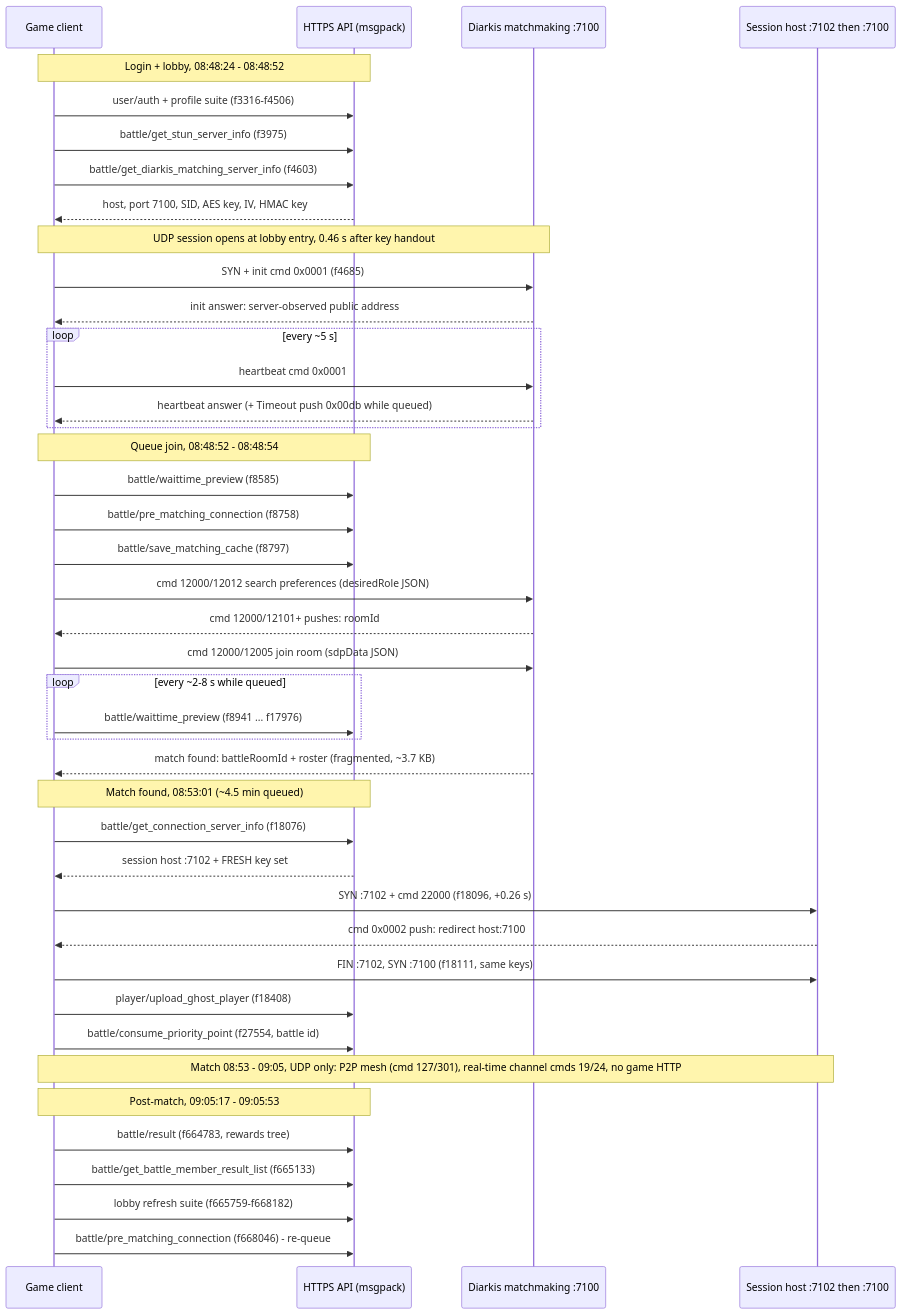
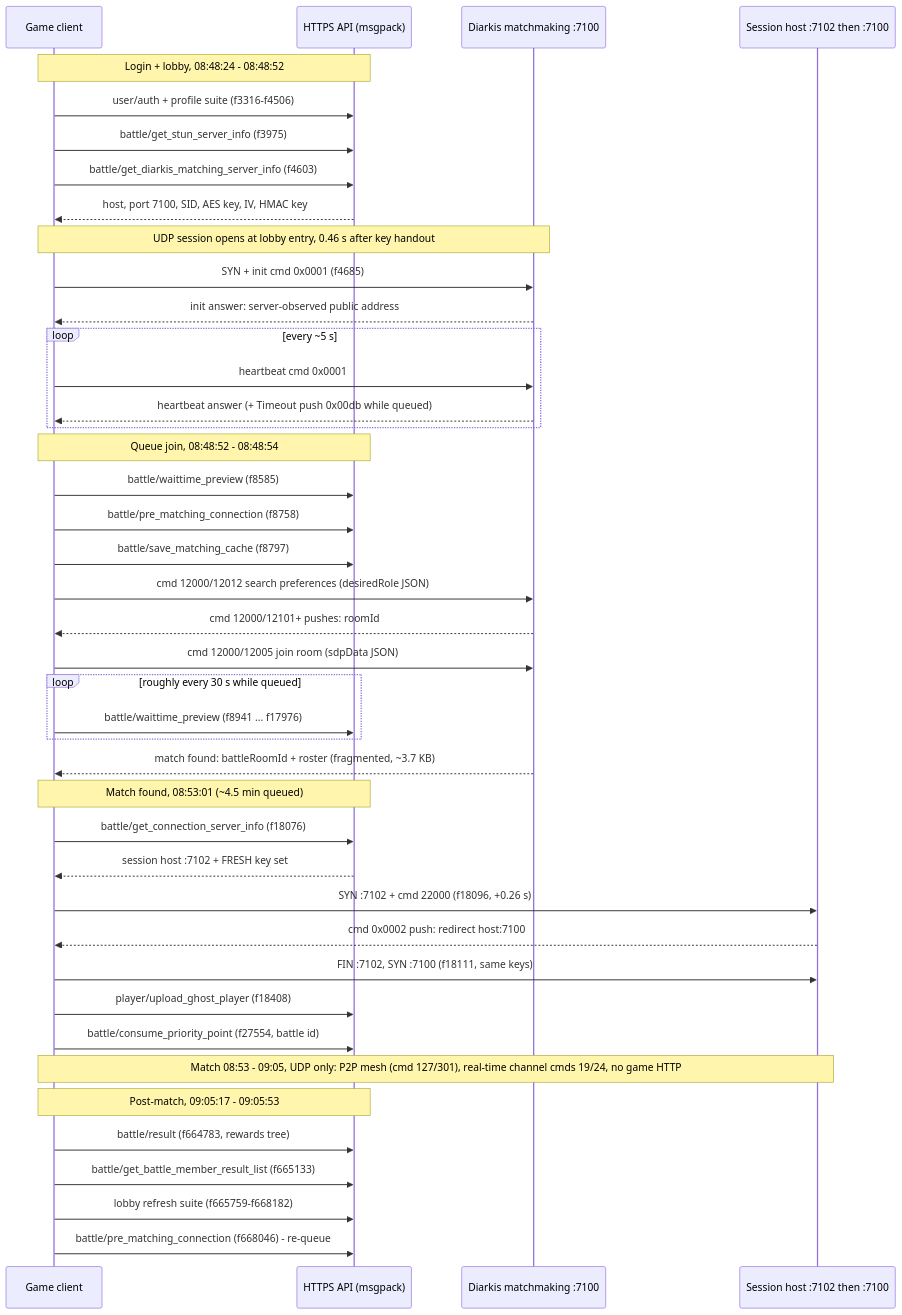
The diagram in md/API/Calls/Matchmaking_Flow.md (DB-Breakers-Legacy/DBTB-API-Documentation), drawn with Mermaid before and after one commit. The commit also changed other lines of this file and 14 other files, not shown here.

````diff
--- a/md/API/Calls/Matchmaking_Flow.md
+++ b/md/API/Calls/Matchmaking_Flow.md
@@ -25,50 +25,50 @@
 ```mermaid
 sequenceDiagram
     participant C as Game client
     participant API as HTTPS API (msgpack)
     participant MM as Diarkis matchmaking :7100
     participant SH as Session host :7102 then :7100
 
     Note over C,API: Login + lobby, 08:48:24 - 08:48:52
     C->>API: user/auth + profile suite (f3316-f4506)
     C->>API: battle/get_stun_server_info (f3975)
     C->>API: battle/get_diarkis_matching_server_info (f4603)
     API-->>C: host, port 7100, SID, AES key, IV, HMAC key
 
     Note over C,MM: UDP session opens at lobby entry, 0.46 s after key handout
     C->>MM: SYN + init cmd 0x0001 (f4685)
     MM-->>C: init answer: server-observed public address
     loop every ~5 s
         C->>MM: heartbeat cmd 0x0001
         MM-->>C: heartbeat answer (+ Timeout push 0x00db while queued)
     end
 
     Note over C,API: Queue join, 08:48:52 - 08:48:54
     C->>API: battle/waittime_preview (f8585)
     C->>API: battle/pre_matching_connection (f8758)
     C->>API: battle/save_matching_cache (f8797)
     C->>MM: cmd 12000/12012 search preferences (desiredRole JSON)
     MM-->>C: cmd 12000/12101+ pushes: roomId
     C->>MM: cmd 12000/12005 join room (sdpData JSON)
-    loop every ~2-8 s while queued
+    loop roughly every 30 s while queued
         C->>API: battle/waittime_preview (f8941 ... f17976)
     end
     MM-->>C: match found: battleRoomId + roster (fragmented, ~3.7 KB)
 
     Note over C,API: Match found, 08:53:01 (~4.5 min queued)
     C->>API: battle/get_connection_server_info (f18076)
     API-->>C: session host :7102 + FRESH key set
     C->>SH: SYN :7102 + cmd 22000 (f18096, +0.26 s)
     SH-->>C: cmd 0x0002 push: redirect host:7100
     C->>SH: FIN :7102, SYN :7100 (f18111, same keys)
     C->>API: player/upload_ghost_player (f18408)
     C->>API: battle/consume_priority_point (f27554, battle id)
 
     Note over C,SH: Match 08:53 - 09:05, UDP only: P2P mesh (cmd 127/301), real-time channel cmds 19/24, no game HTTP
 
     Note over C,API: Post-match, 09:05:17 - 09:05:53
     C->>API: battle/result (f664783, rewards tree)
     C->>API: battle/get_battle_member_result_list (f665133)
     C->>API: lobby refresh suite (f665759-f668182)
     C->>API: battle/pre_matching_connection (f668046) - re-queue
 ```
````
